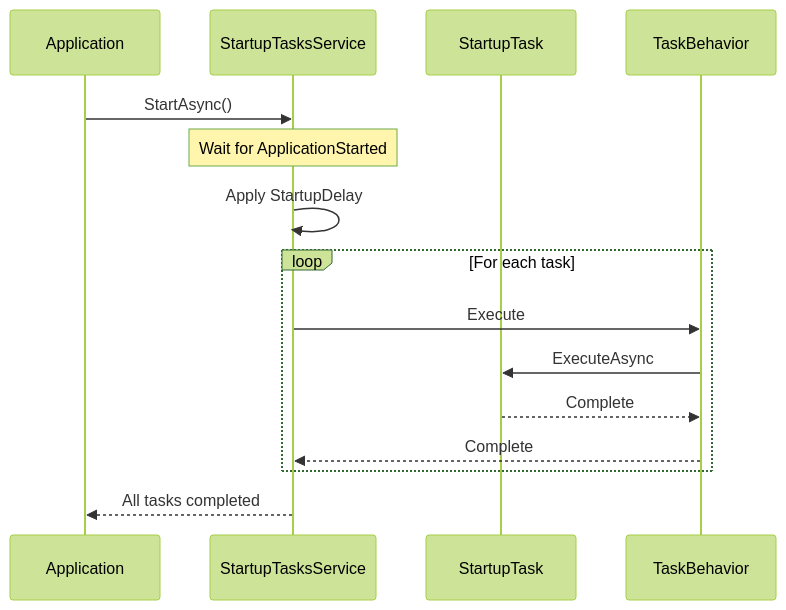
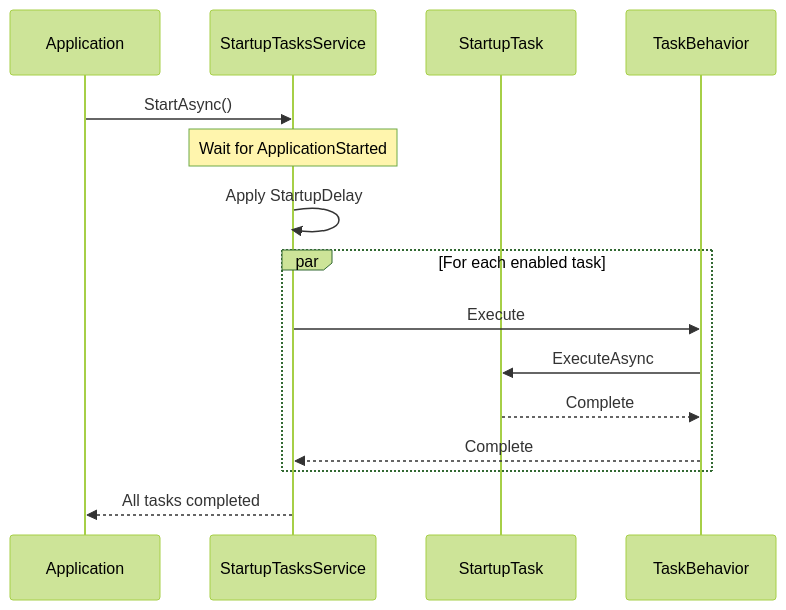
The diagram in docs/features-startuptasks.md (BridgingIT-GmbH/bITdevKit), drawn with Mermaid (forest theme) before and after one commit. The commit also changed other lines of this file and 62 other files, not shown here.

````diff
--- a/docs/features-startuptasks.md
+++ b/docs/features-startuptasks.md
@@ -11,18 +12,18 @@
 ```mermaid
 sequenceDiagram
     participant App as Application
     participant STS as StartupTasksService
     participant Task as StartupTask
     participant Behavior as TaskBehavior
 
     App->>STS: StartAsync()
     Note over STS: Wait for ApplicationStarted
     STS->>STS: Apply StartupDelay
-    loop For each task
+    par For each enabled task
         STS->>Behavior: Execute
         Behavior->>Task: ExecuteAsync
         Task-->>Behavior: Complete
         Behavior-->>STS: Complete
     end
     STS-->>App: All tasks completed
 ```
````
